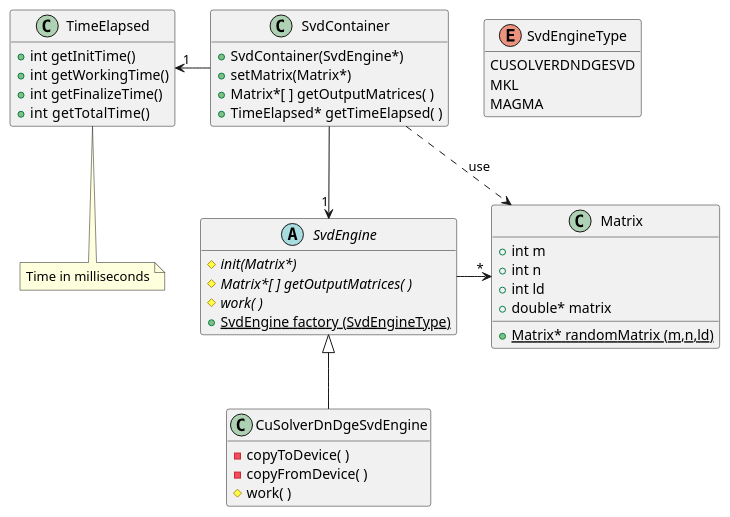
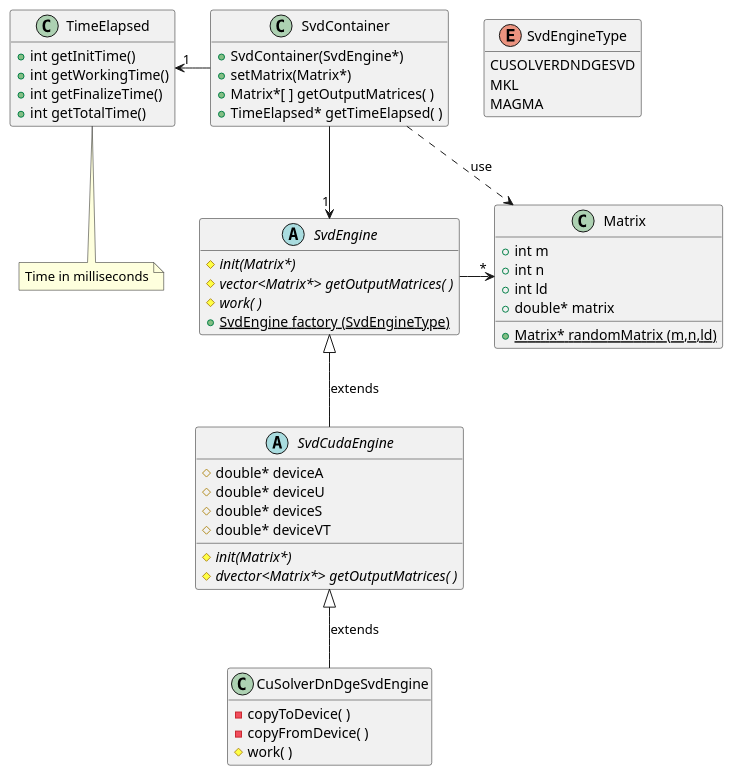
Before and after one commit to newfla/CUDA-K-SVD-Denoising: the diagram in uml/src/classDiagram.puml, drawn with PlantUML. The commit also changed 8 other files, not shown here.

```diff
--- a/uml/src/classDiagram.puml
+++ b/uml/src/classDiagram.puml
@@ -1,60 +1,73 @@
 @startuml diagrammaSVD
 
 class Matrix{
     + int m
     + int n
     + int ld
     + double* matrix
     {static} + Matrix* randomMatrix (m,n,ld)
 
 }
 
 abstract class SvdEngine{
     
     {abstract} # init(Matrix*)
-    {abstract} # Matrix*[ ] getOutputMatrices( )
+    {abstract} # vector<Matrix*> getOutputMatrices( )
     {abstract} # work( )
     {static} + SvdEngine factory (SvdEngineType)
+}
+
+abstract class SvdCudaEngine{
+
+    # double* deviceA
+    # double* deviceU
+    # double* deviceS
+    # double* deviceVT
+    
+
+    # {abstract} init(Matrix*)
+    # {abstract} dvector<Matrix*> getOutputMatrices( )
 }
 
 enum SvdEngineType{
         CUSOLVERDNDGESVD
         MKL
         MAGMA
 }
 
 class CuSolverDnDgeSvdEngine{
     - copyToDevice( )
     - copyFromDevice( )
     # work( )
 }
 
 class TimeElapsed{
     + int getInitTime()
     + int getWorkingTime()
     + int getFinalizeTime()
-    + int  getTotalTime()
+    + int getTotalTime()
 }
 
 note bottom: Time in milliseconds
 
 class SvdContainer{
     + SvdContainer(SvdEngine*)
     + setMatrix(Matrix*)
     + Matrix*[ ] getOutputMatrices( )
     + TimeElapsed* getTimeElapsed( )
 }
 
 SvdContainer ..>  Matrix : use
 SvdContainer --> "1" SvdEngine
 TimeElapsed "1" <- SvdContainer
 SvdEngine -> "*" Matrix
-SvdEngine <|-- CuSolverDnDgeSvdEngine
+SvdEngine <|-- SvdCudaEngine : extends
+SvdCudaEngine <|-- CuSolverDnDgeSvdEngine : extends
 
 hide SvdEngine fields
 hide TimeElapsed fields
 hide SvdContainer fields
 hide CuSolverDnDgeSvdEngine fields
 hide SvdEngineType methods
 
 @enduml
```
